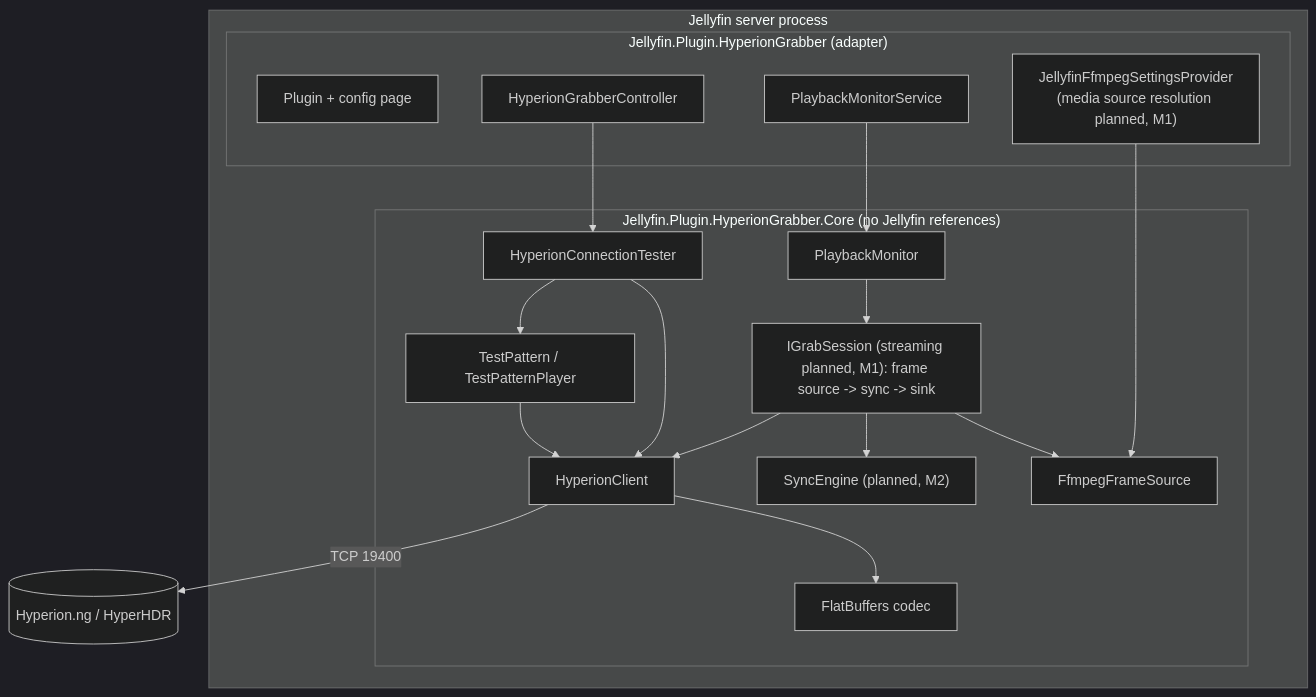
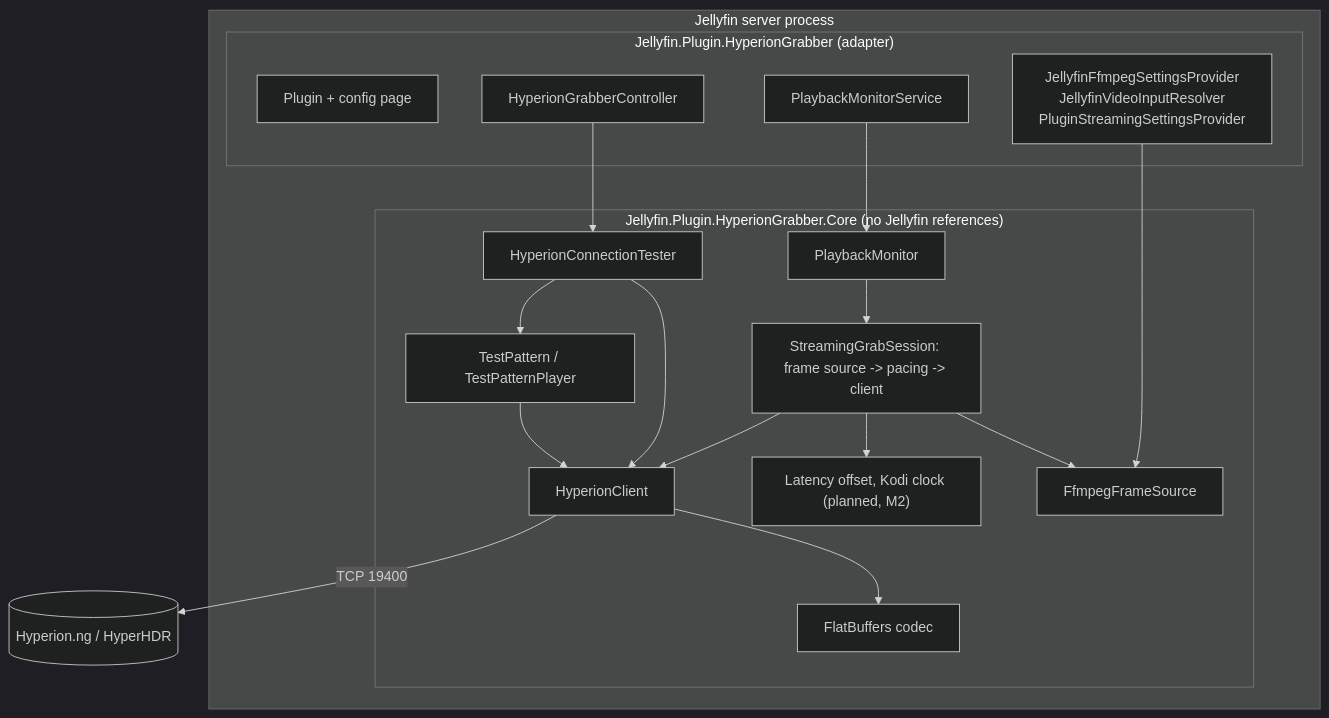
One commit to 25LioN52/JellyfinHyperionGrabber changed the first of 2 diagrams in docs/development/architecture.md. Above: the diagram before and after it, drawn with Mermaid (dark theme). The commit also changed other lines of this file and 44 other files, not shown here.

````diff
--- a/docs/development/architecture.md
+++ b/docs/development/architecture.md
@@ -5,30 +5,30 @@
 ```mermaid
 flowchart TB
     subgraph Jellyfin["Jellyfin server process"]
         subgraph Plugin["Jellyfin.Plugin.HyperionGrabber (adapter)"]
             P[Plugin + config page]
             API[HyperionGrabberController]
             Mon[PlaybackMonitorService]
-            Src["JellyfinFfmpegSettingsProvider<br/>(media source resolution planned, M1)"]
+            Src["JellyfinFfmpegSettingsProvider<br/>JellyfinVideoInputResolver<br/>PluginStreamingSettingsProvider"]
         end
         subgraph Core["Jellyfin.Plugin.HyperionGrabber.Core (no Jellyfin references)"]
             Tester[HyperionConnectionTester]
             Pattern[TestPattern / TestPatternPlayer]
             Monitor[PlaybackMonitor]
-            Session["IGrabSession (streaming planned, M1): frame source -> sync -> sink"]
-            Sync["SyncEngine (planned, M2)"]
+            Session["StreamingGrabSession: frame source -> pacing -> client"]
+            Sync["Latency offset, Kodi clock (planned, M2)"]
             Frames["FfmpegFrameSource"]
             Client[HyperionClient]
             Codec[FlatBuffers codec]
         end
     end
     API --> Tester --> Client
     Tester --> Pattern --> Client
     Mon --> Monitor --> Session
     Src --> Frames
     Session --> Frames
     Session --> Sync
     Session --> Client
     Client --> Codec
     Client -- TCP 19400 --> H[(Hyperion.ng / HyperHDR)]
 ```
````
